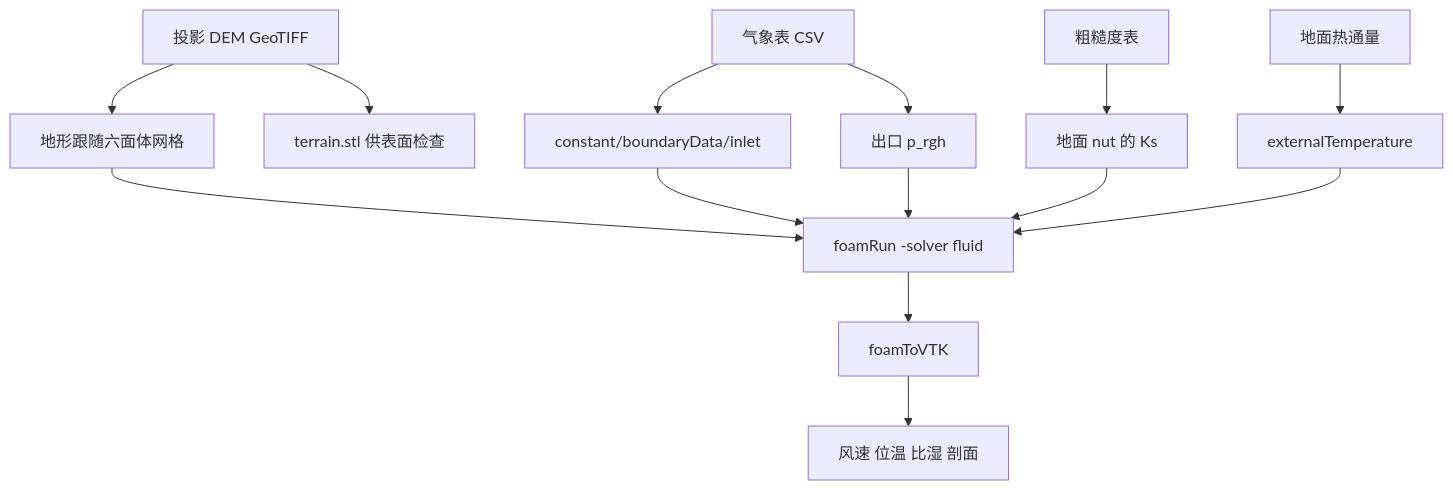
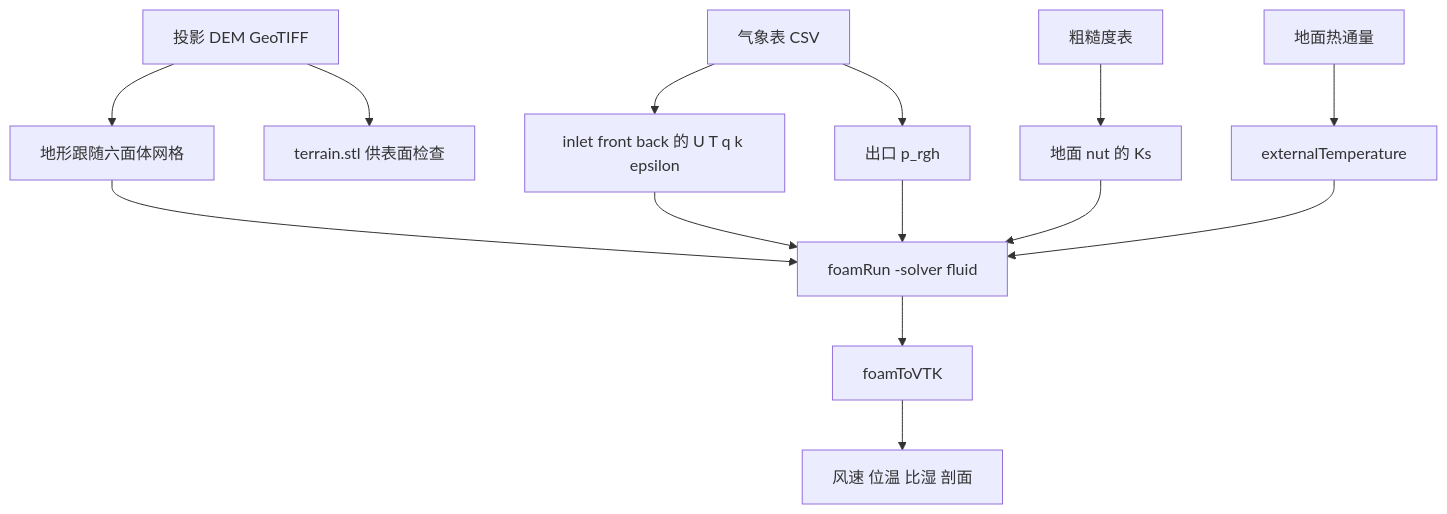
One commit to IncubatorShokuhou/OpenFoam_tutorial changed the first of 5 diagrams in tutorial/05_real_terrain.md. Above: the diagram before and after it, drawn with Mermaid. The commit also changed other lines of this file and 472 other files, not shown here.

````diff
--- a/tutorial/05_real_terrain.md
+++ b/tutorial/05_real_terrain.md
@@ -7,16 +7,16 @@
 ```mermaid
 flowchart TD
   dem["投影 DEM GeoTIFF"] --> mesh["地形跟随六面体网格"]
   dem --> stl["terrain.stl 供表面检查"]
-  met["气象表 CSV"] --> inlet["constant/boundaryData/inlet"]
+  met["气象表 CSV"] --> sides["inlet front back 的 U T q k epsilon"]
   met --> outlet["出口 p_rgh"]
   cover["粗糙度表"] --> ks["地面 nut 的 Ks"]
   flux["地面热通量"] --> wall["externalTemperature"]
   mesh --> run["foamRun -solver fluid"]
-  inlet --> run
+  sides --> run
   outlet --> run
   ks --> run
   wall --> run
   run --> vtk["foamToVTK"]
   vtk --> fig["风速 位温 比湿 剖面"]
 ```
````
